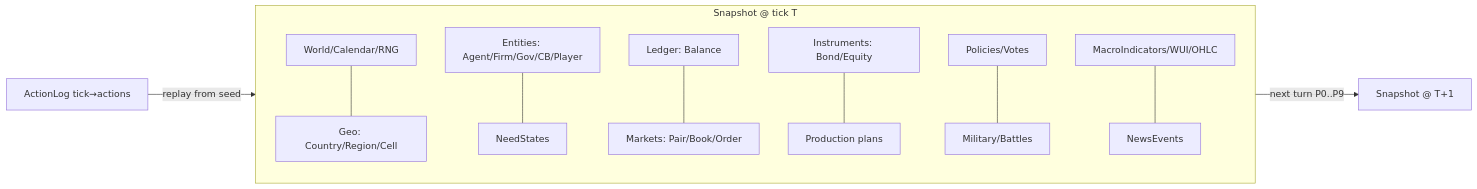
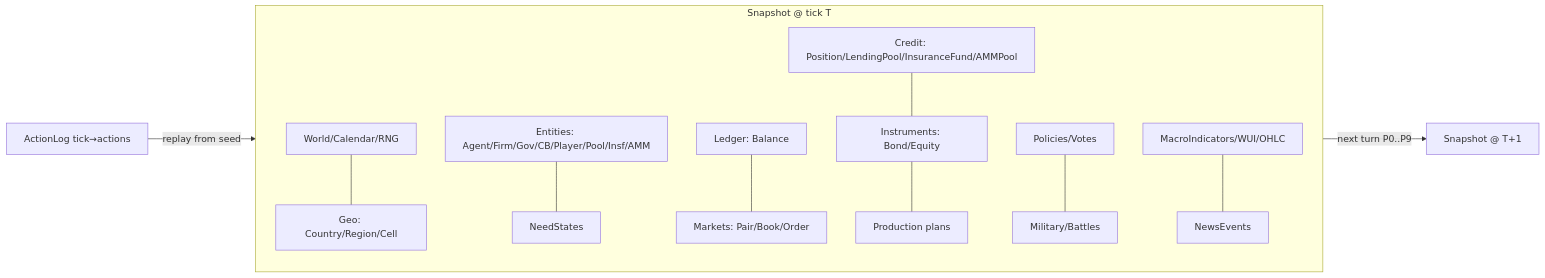
One commit to h4ribote/FinBox changed the second of 2 diagrams in doc/15-data-model.md. Above: the diagram before and after it, drawn with Mermaid. The commit also changed other lines of this file and 28 other files, not shown here.

````diff
--- a/doc/15-data-model.md
+++ b/doc/15-data-model.md
@@ -574,13 +644,14 @@
 ```mermaid
 flowchart LR
   subgraph SS[Snapshot @ tick T]
     SW[World/Calendar/RNG] --- SG[Geo: Country/Region/Cell]
-    SE[Entities: Agent/Firm/Gov/CB/Player] --- SN[NeedStates]
+    SE[Entities: Agent/Firm/Gov/CB/Player/Pool/Insf/AMM] --- SN[NeedStates]
     SL[Ledger: Balance] --- SM[Markets: Pair/Book/Order]
-    SF[Instruments: Bond/Equity] --- SP[Production plans]
+    SC[Credit: Position/LendingPool/InsuranceFund/AMMPool] --- SF[Instruments: Bond/Equity]
+    SF --- SP[Production plans]
     SPo[Policies/Votes] --- SMi[Military/Battles]
     SI[MacroIndicators/WUI/OHLC] --- SEv[NewsEvents]
   end
   AL[ActionLog tick→actions] -->|replay from seed| SS
   SS -->|next turn P0..P9| SS2[Snapshot @ T+1]
 ```
````
